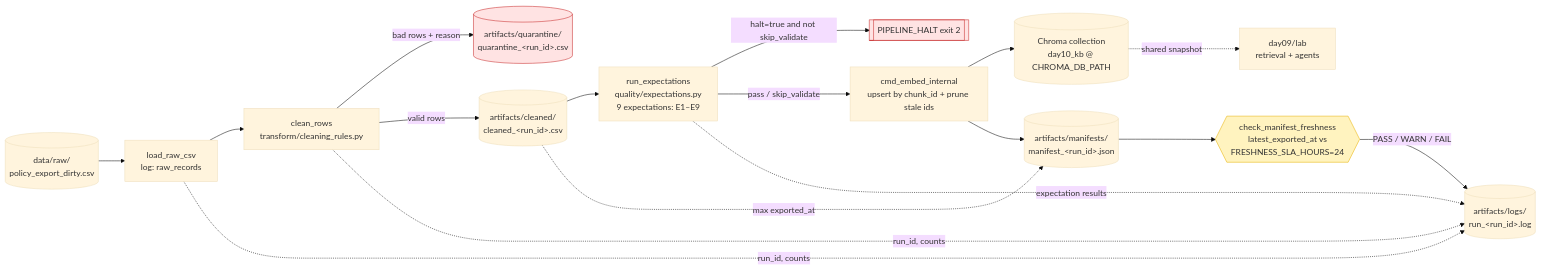
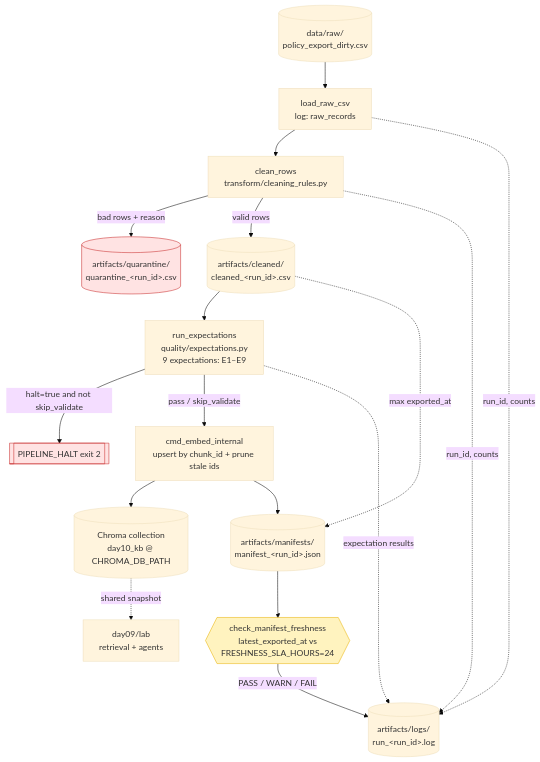
Before and after one commit to tnhoang462/Day10_C401_E4: the diagram in day10/lab/docs/pipeline_architecture.md, drawn with Mermaid (base theme).

````diff
--- a/day10/lab/docs/pipeline_architecture.md
+++ b/day10/lab/docs/pipeline_architecture.md
@@ -10,24 +10,24 @@
 ```mermaid
-flowchart LR
+flowchart TD
     RAW[("data/raw/<br/>policy_export_dirty.csv")] --> LOAD[load_raw_csv<br/>log: raw_records]
     LOAD --> CLEAN[clean_rows<br/>transform/cleaning_rules.py]
     CLEAN -->|bad rows + reason| QUAR[("artifacts/quarantine/<br/>quarantine_&lt;run_id&gt;.csv")]
     CLEAN -->|valid rows| CLEANED[("artifacts/cleaned/<br/>cleaned_&lt;run_id&gt;.csv")]
     CLEANED --> VAL[run_expectations<br/>quality/expectations.py<br/>9 expectations: E1–E9]
     VAL -->|halt=true and not skip_validate| HALT[[PIPELINE_HALT exit 2]]
     VAL -->|pass / skip_validate| EMBED[cmd_embed_internal<br/>upsert by chunk_id + prune stale ids]
     EMBED --> CHROMA[(Chroma collection<br/>day10_kb @ CHROMA_DB_PATH)]
     CLEANED -. max exported_at .-> MAN[("artifacts/manifests/<br/>manifest_&lt;run_id&gt;.json")]
     EMBED --> MAN
     LOAD -. run_id, counts .-> LOG[("artifacts/logs/<br/>run_&lt;run_id&gt;.log")]
     CLEAN -. run_id, counts .-> LOG
     VAL -. expectation results .-> LOG
     MAN --> FRESH{{"check_manifest_freshness<br/>latest_exported_at vs<br/>FRESHNESS_SLA_HOURS=24"}}
     FRESH -->|PASS / WARN / FAIL| LOG
     CHROMA -. shared snapshot .-> DAY09[day09/lab<br/>retrieval + agents]
 
     classDef probe fill:#fff3bf,stroke:#e8b100;
     classDef quar fill:#ffe3e3,stroke:#c92a2a;
     class FRESH probe;
     class QUAR,HALT quar;
 ```
````
